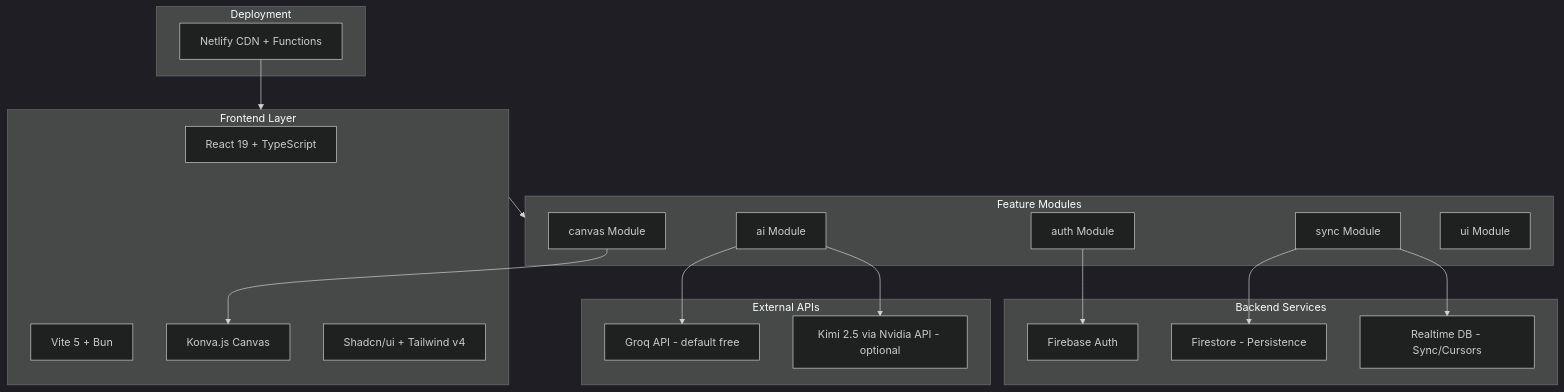
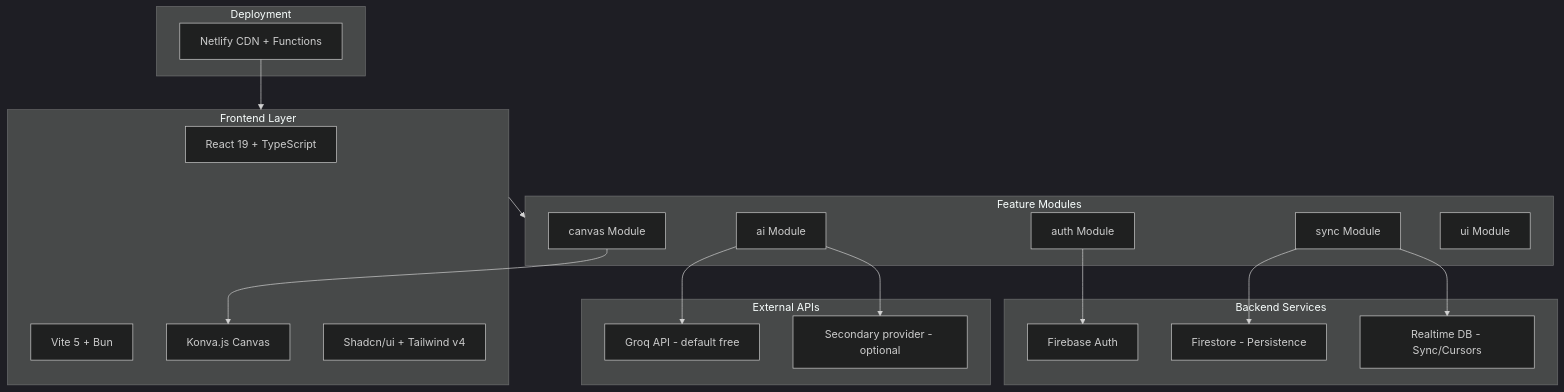
One commit to MichaelHabermas/CollabBoard changed the first of 8 diagrams in docs/PRD.md. Above: the diagram before and after it, drawn with Mermaid (dark theme). The commit also changed other lines of this file and 26 other files, not shown here.

````diff
--- a/docs/PRD.md
+++ b/docs/PRD.md
@@ -57,41 +57,41 @@
 ```mermaid
 graph TB
     subgraph Deployment[Deployment]
         Netlify[Netlify CDN + Functions]
     end
 
     subgraph Frontend[Frontend Layer]
         React[React 19 + TypeScript]
         Vite[Vite 5 + Bun]
         Konva[Konva.js Canvas]
         Shadcn[Shadcn/ui + Tailwind v4]
     end
 
     subgraph Modules[Feature Modules]
         AuthMod[auth Module]
         SyncMod[sync Module]
         CanvasMod[canvas Module]
         AIMod[ai Module]
         UIMod[ui Module]
     end
 
     subgraph Backend[Backend Services]
         FireAuth[Firebase Auth]
         Firestore[Firestore - Persistence]
         RealtimeDB[Realtime DB - Sync/Cursors]
     end
 
     subgraph External[External APIs]
         Groq[Groq API - default free]
-        Nvidia[Kimi 2.5 via Nvidia API - optional]
+        Secondary[Secondary provider - optional]
     end
 
     Netlify --> Frontend
     Frontend --> Modules
     AuthMod --> FireAuth
     SyncMod --> Firestore
     SyncMod --> RealtimeDB
     AIMod --> Groq
-    AIMod --> Nvidia
+    AIMod --> Secondary
     CanvasMod --> Konva
 ```
````
